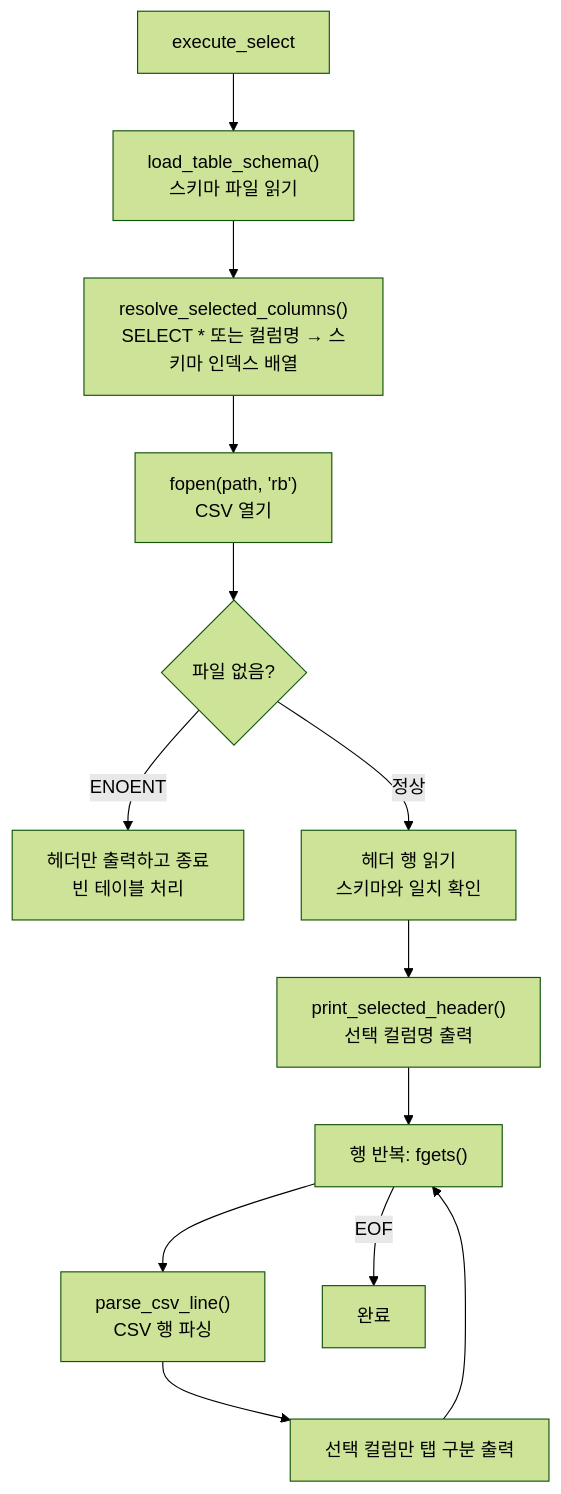
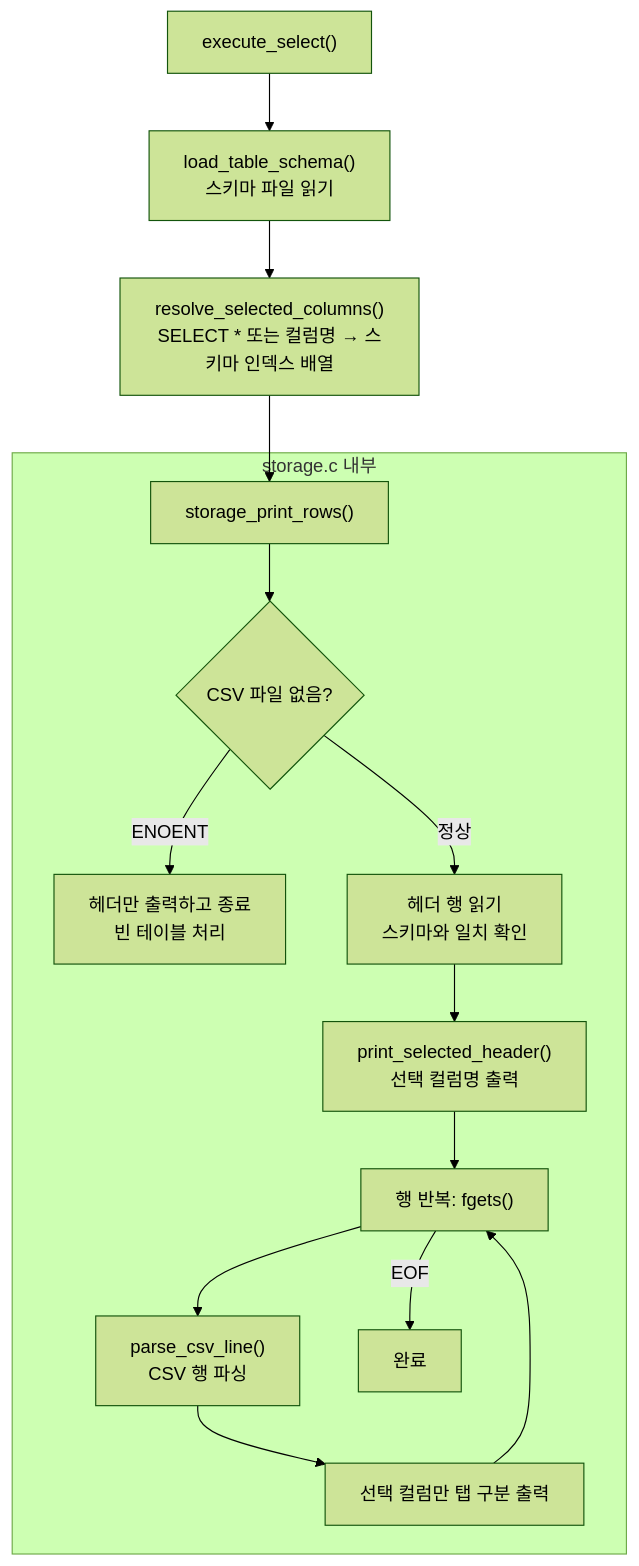
The ninth of 11 diagrams in GUIDE.md (Jungle-12-303/week6-team5-sql), drawn with Mermaid (forest theme) before and after one commit. The commit also changed other lines of this file, not shown here.

First line of the commit message:
Docs GUIDE.md storage.c 분리 내용 반영

````diff
--- a/GUIDE.md
+++ b/GUIDE.md
@@ -417,15 +440,18 @@
 ```mermaid
 flowchart TD
-    A[execute_select] --> B["load_table_schema()\n스키마 파일 읽기"]
+    A["execute_select()"] --> B["load_table_schema()\n스키마 파일 읽기"]
     B --> C["resolve_selected_columns()\nSELECT * 또는 컬럼명 → 스키마 인덱스 배열"]
-    C --> D["fopen(path, 'rb')\nCSV 열기"]
-    D --> E{"파일 없음?"}
-    E -- ENOENT --> F["헤더만 출력하고 종료\n빈 테이블 처리"]
-    E -- 정상 --> G["헤더 행 읽기\n스키마와 일치 확인"]
-    G --> H["print_selected_header()\n선택 컬럼명 출력"]
-    H --> I["행 반복: fgets()"]
-    I --> J["parse_csv_line()\nCSV 행 파싱"]
-    J --> K["선택 컬럼만 탭 구분 출력"]
-    K --> I
-    I -- EOF --> L[완료]
+    C --> D["storage_print_rows()"]
+
+    subgraph storage_detail["storage.c 내부"]
+        D --> E{"CSV 파일 없음?"}
+        E -- ENOENT --> F["헤더만 출력하고 종료\n빈 테이블 처리"]
+        E -- 정상 --> G["헤더 행 읽기\n스키마와 일치 확인"]
+        G --> H["print_selected_header()\n선택 컬럼명 출력"]
+        H --> I["행 반복: fgets()"]
+        I --> J["parse_csv_line()\nCSV 행 파싱"]
+        J --> K["선택 컬럼만 탭 구분 출력"]
+        K --> I
+        I -- EOF --> L[완료]
+    end
 ```
````
